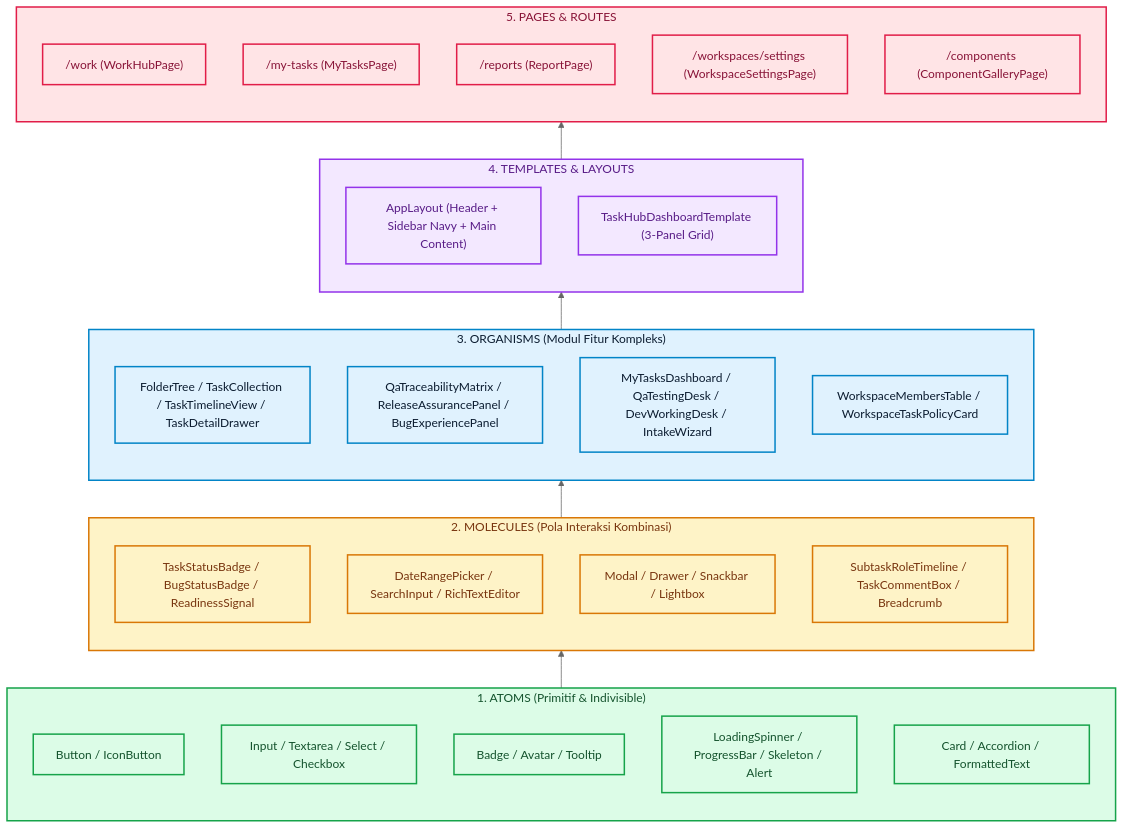
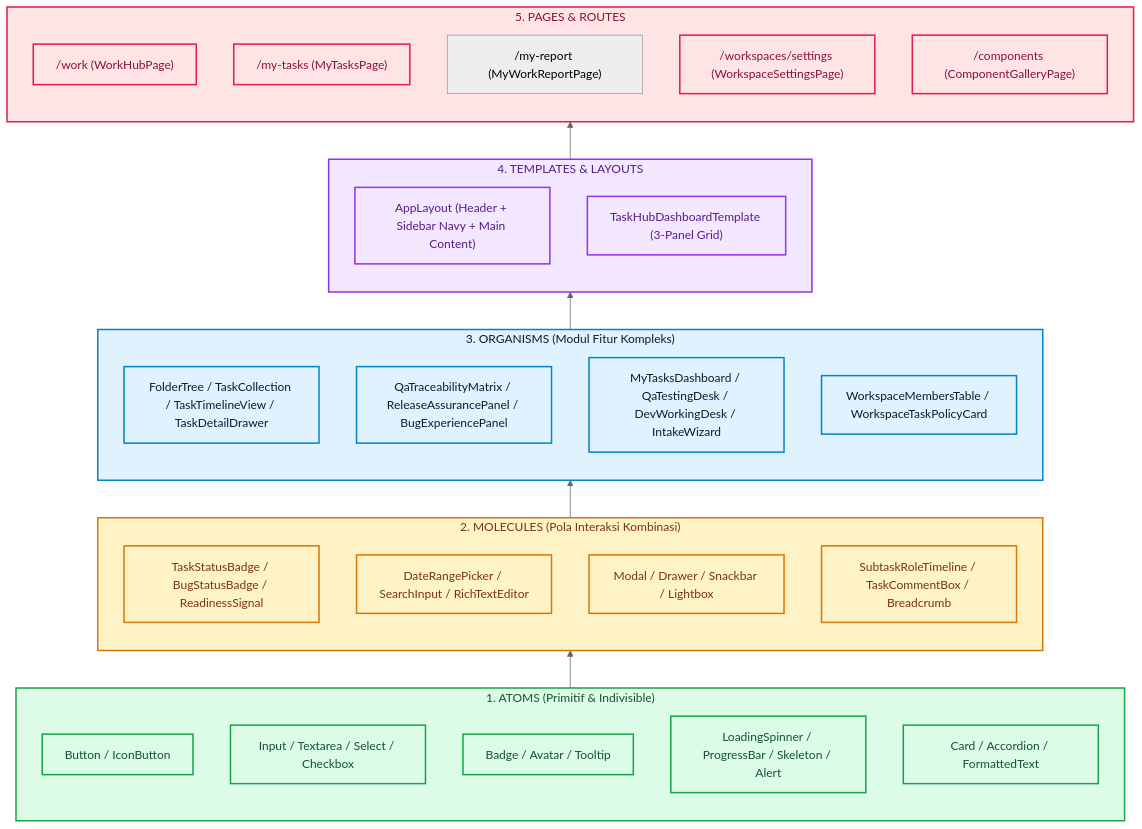
Before and after one commit to oneilreyand/qlickhub: the first of 5 diagrams in docs/3_UI_ATOMIC_DESIGN_SYSTEM.md, drawn with Mermaid (neutral theme). The commit also changed other lines of this file and 29 other files, not shown here.

````diff
--- a/docs/3_UI_ATOMIC_DESIGN_SYSTEM.md
+++ b/docs/3_UI_ATOMIC_DESIGN_SYSTEM.md
@@ -12,54 +12,54 @@
 ```mermaid
 graph BT
     subgraph AtomsLayer["1. ATOMS (Primitif & Indivisible)"]
         Button["Button / IconButton"]
         Input["Input / Textarea / Select / Checkbox"]
         Badge["Badge / Avatar / Tooltip"]
         Feedback["LoadingSpinner / ProgressBar / Skeleton / Alert"]
         Card["Card / Accordion / FormattedText"]
     end
 
     subgraph MoleculesLayer["2. MOLECULES (Pola Interaksi Kombinasi)"]
         StatusBadges["TaskStatusBadge / BugStatusBadge / ReadinessSignal"]
         FormControls["DateRangePicker / SearchInput / RichTextEditor"]
         Overlays["Modal / Drawer / Snackbar / Lightbox"]
         CollabWidgets["SubtaskRoleTimeline / TaskCommentBox / Breadcrumb"]
     end
 
     subgraph OrganismsLayer["3. ORGANISMS (Modul Fitur Kompleks)"]
         WorkHubOrg["FolderTree / TaskCollection / TaskTimelineView / TaskDetailDrawer"]
         QAOrg["QaTraceabilityMatrix / ReleaseAssurancePanel / BugExperiencePanel"]
         DesksOrg["MyTasksDashboard / QaTestingDesk / DevWorkingDesk / IntakeWizard"]
         SettingsOrg["WorkspaceMembersTable / WorkspaceTaskPolicyCard"]
     end
 
     subgraph TemplatesLayer["4. TEMPLATES & LAYOUTS"]
         AppLayout["AppLayout (Header + Sidebar Navy + Main Content)"]
         WorkHubTemplate["TaskHubDashboardTemplate (3-Panel Grid)"]
     end
 
     subgraph PagesLayer["5. PAGES & ROUTES"]
         WorkHubPage["/work (WorkHubPage)"]
         MyTasksPage["/my-tasks (MyTasksPage)"]
-        ReportPage["/reports (ReportPage)"]
+        MyWorkReportPage["/my-report (MyWorkReportPage)"]
         SettingsPage["/workspaces/settings (WorkspaceSettingsPage)"]
         GalleryPage["/components (ComponentGalleryPage)"]
     end
 
     AtomsLayer --> MoleculesLayer
     MoleculesLayer --> OrganismsLayer
     OrganismsLayer --> TemplatesLayer
     TemplatesLayer --> PagesLayer
 
     classDef atom fill:#DCFCE7,stroke:#16A34A,stroke-width:2px,color:#14532D;
     classDef molecule fill:#FEF3C7,stroke:#D97706,stroke-width:2px,color:#78350F;
     classDef organism fill:#E0F2FE,stroke:#0284C7,stroke-width:2px,color:#0B1C30;
     classDef template fill:#F3E8FF,stroke:#9333EA,stroke-width:2px,color:#581C87;
     classDef page fill:#FFE4E6,stroke:#E11D48,stroke-width:2px,color:#881337;
 
     class AtomsLayer,Button,Input,Badge,Feedback,Card atom;
     class MoleculesLayer,StatusBadges,FormControls,Overlays,CollabWidgets molecule;
     class OrganismsLayer,WorkHubOrg,QAOrg,DesksOrg,SettingsOrg organism;
     class TemplatesLayer,AppLayout,WorkHubTemplate template;
     class PagesLayer,WorkHubPage,MyTasksPage,ReportPage,SettingsPage,GalleryPage page;
 ```
````
